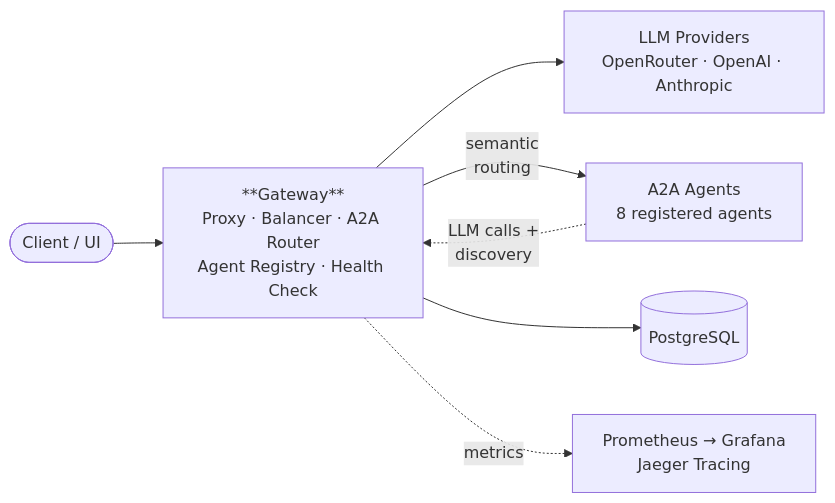
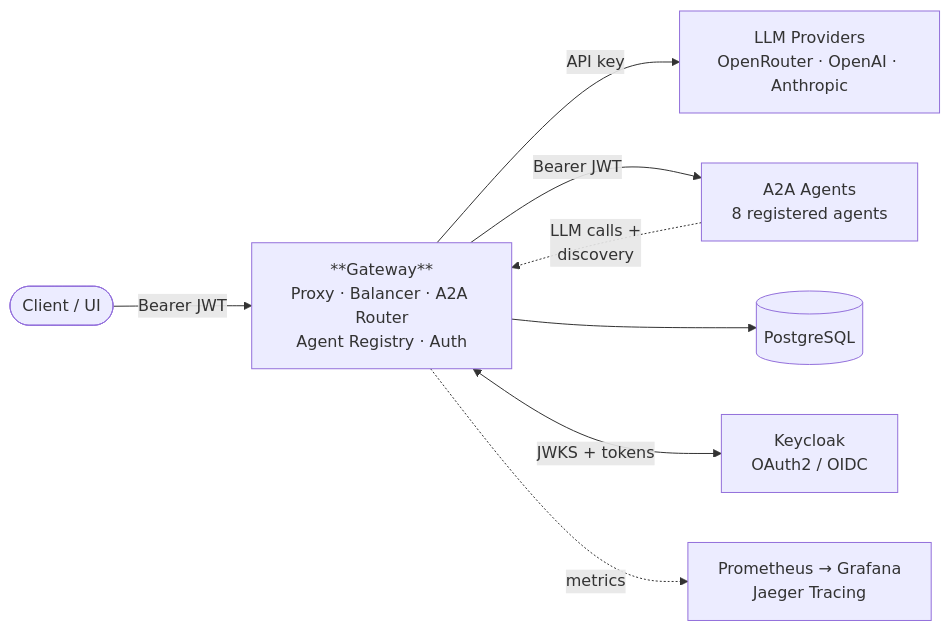
Before and after one commit to vladmsnk/ai-agents-platform: the diagram in README.md, drawn with Mermaid. The commit also changed other lines of this file and 1 other file, not shown here.

First line of the commit message:
Document Keycloak authentication in README and CLAUDE.md

````diff
--- a/README.md
+++ b/README.md
@@ -46,9 +53,10 @@
 ```mermaid
 flowchart LR
-    Client([Client / UI]) --> GW
-    GW[**Gateway**\nProxy · Balancer · A2A Router\nAgent Registry · Health Check] --> LLM[LLM Providers\nOpenRouter · OpenAI · Anthropic]
-    GW -- "semantic\nrouting" --> Agents[A2A Agents\n8 registered agents]
-    Agents -. "LLM calls +\ndiscovery" .-> GW
+    Client([Client / UI]) -->|Bearer JWT| GW
+    GW[**Gateway**\nProxy · Balancer · A2A Router\nAgent Registry · Auth] -->|API key| LLM[LLM Providers\nOpenRouter · OpenAI · Anthropic]
+    GW -->|Bearer JWT| Agents[A2A Agents\n8 registered agents]
+    Agents -.->|"LLM calls +\ndiscovery"| GW
     GW --> DB[(PostgreSQL)]
-    GW -. metrics .-> Obs[Prometheus → Grafana\nJaeger Tracing]
+    GW <-->|JWKS + tokens| KC[Keycloak\nOAuth2 / OIDC]
+    GW -.->|metrics| Obs[Prometheus → Grafana\nJaeger Tracing]
 ```
````
